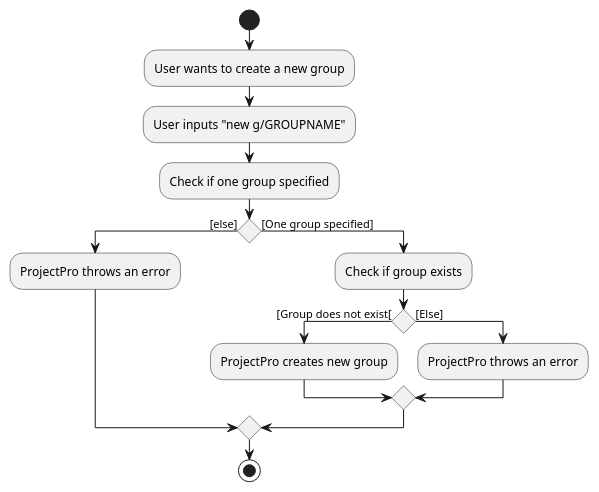
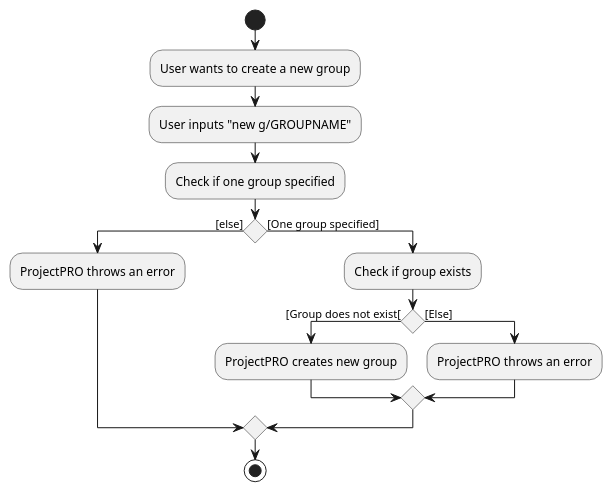
Before and after one commit to nus-cs2103-AY2324S1/tp: the diagram in docs/diagrams/CreateGroupActivityDiagram.puml, drawn with PlantUML. The commit also changed 8 other files, not shown here.

Commit message:
Add diagrams

```diff
--- a/docs/diagrams/CreateGroupActivityDiagram.puml
+++ b/docs/diagrams/CreateGroupActivityDiagram.puml
@@ -1,20 +1,20 @@
 @startuml
 'https://plantuml.com/activity-diagram-beta
 
 start
 :User wants to create a new group;
 :User inputs "new g/GROUPNAME";
 :Check if one group specified;
 if () then ([else])
-:ProjectPro throws an error;
+:ProjectPRO throws an error;
 else ([One group specified])
 :Check if group exists;
 if () then ([Group does not exist[)
-:ProjectPro creates new group;
+:ProjectPRO creates new group;
 else([Else])
-:ProjectPro throws an error;
+:ProjectPRO throws an error;
 endif
 endif
 stop
 
 @enduml
```
